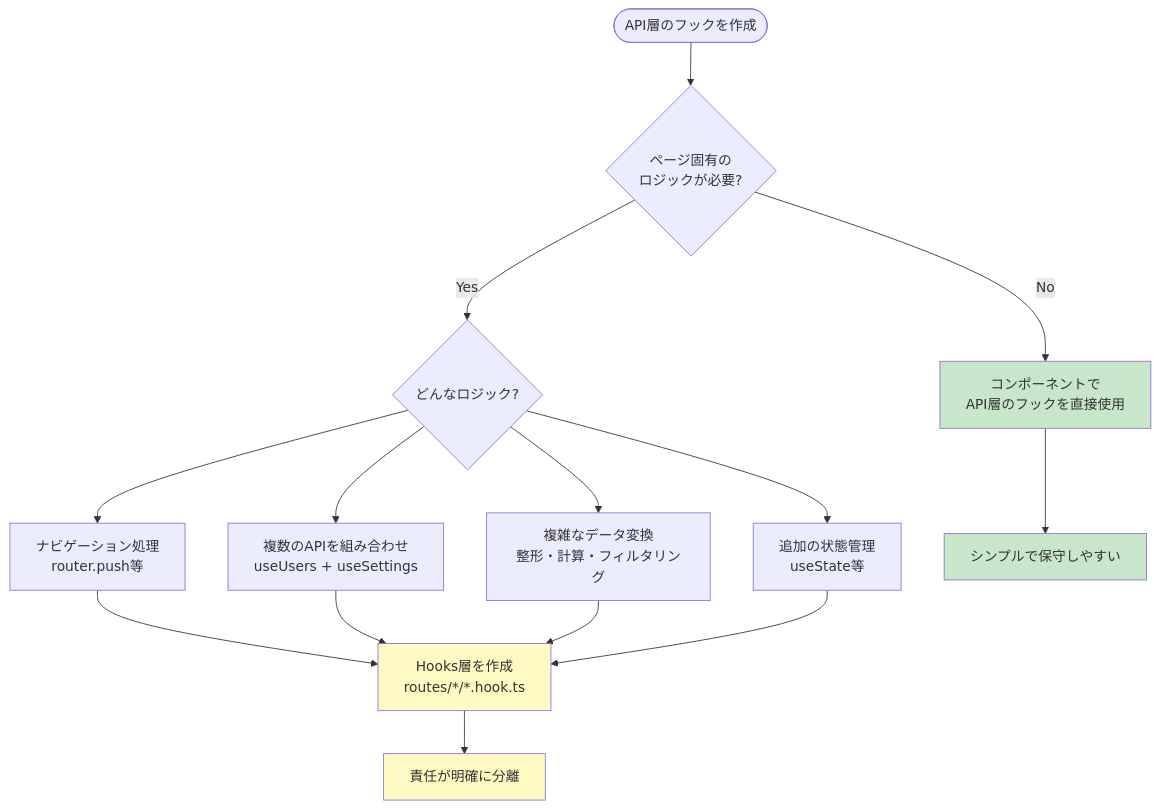
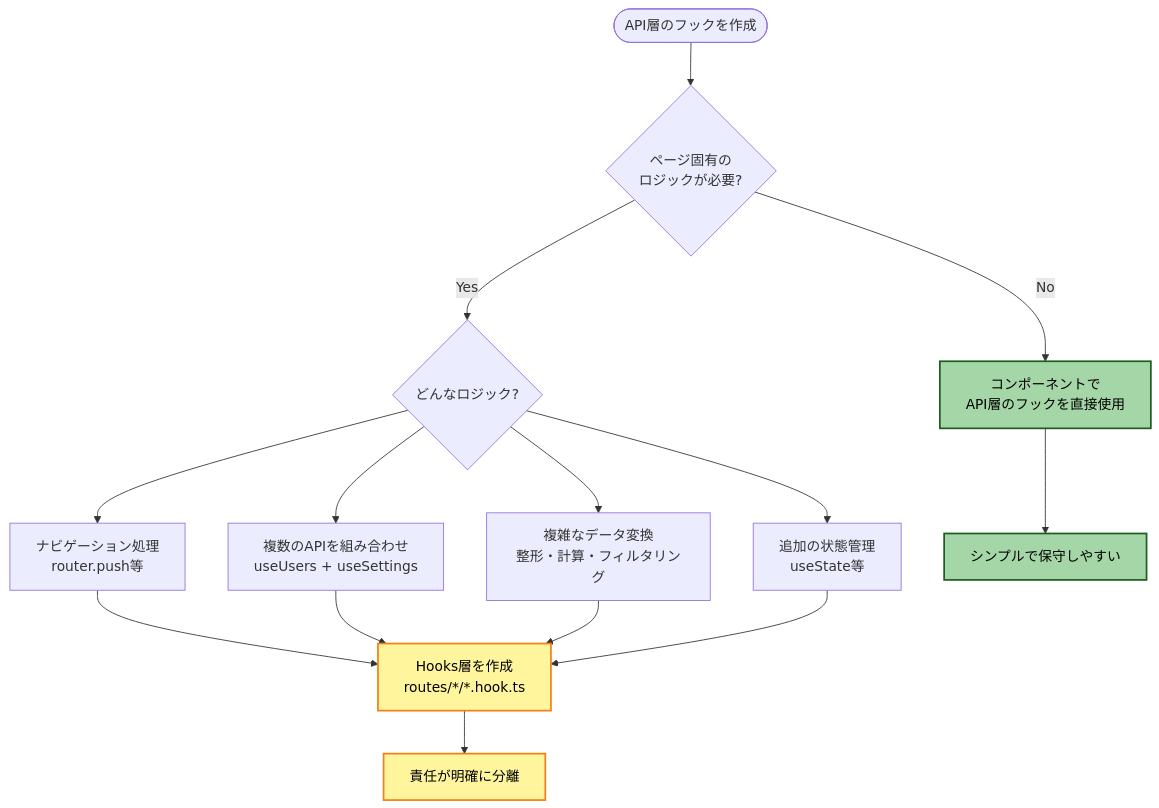
One commit to nomura-koshiro/next-app-docs changed the second of 5 diagrams in docs/04-development/05-custom-hooks/03-data-hooks.md. Above: the diagram before and after it, drawn with Mermaid. The commit also changed other lines of this file and 190 other files, not shown here.

````diff
--- a/docs/04-development/05-custom-hooks/03-data-hooks.md
+++ b/docs/04-development/05-custom-hooks/03-data-hooks.md
@@ -71,26 +71,26 @@
 ```mermaid
 flowchart TD
     Start([API層のフックを作成])
     Start --> Q1{ページ固有の<br/>ロジックが必要?}
 
     Q1 -->|No| Direct[コンポーネントで<br/>API層のフックを直接使用]
     Q1 -->|Yes| Q2{どんなロジック?}
 
     Q2 --> Case1[ナビゲーション処理<br/>router.push等]
     Q2 --> Case2[複数のAPIを組み合わせ<br/>useUsers + useSettings]
     Q2 --> Case3[複雑なデータ変換<br/>整形・計算・フィルタリング]
     Q2 --> Case4[追加の状態管理<br/>useState等]
 
     Case1 --> Create[Hooks層を作成<br/>routes/*/*.hook.ts]
     Case2 --> Create
     Case3 --> Create
     Case4 --> Create
 
     Direct --> End1[シンプルで保守しやすい]
     Create --> End2[責任が明確に分離]
 
-    style Direct fill:#c8e6c9
-    style Create fill:#fff9c4
-    style End1 fill:#c8e6c9
-    style End2 fill:#fff9c4
+    style Direct fill:#a5d6a7,stroke:#1b5e20,stroke-width:2px,color:#000
+    style Create fill:#fff59d,stroke:#f57f17,stroke-width:2px,color:#000
+    style End1 fill:#a5d6a7,stroke:#1b5e20,stroke-width:2px,color:#000
+    style End2 fill:#fff59d,stroke:#f57f17,stroke-width:2px,color:#000
 ```
````
